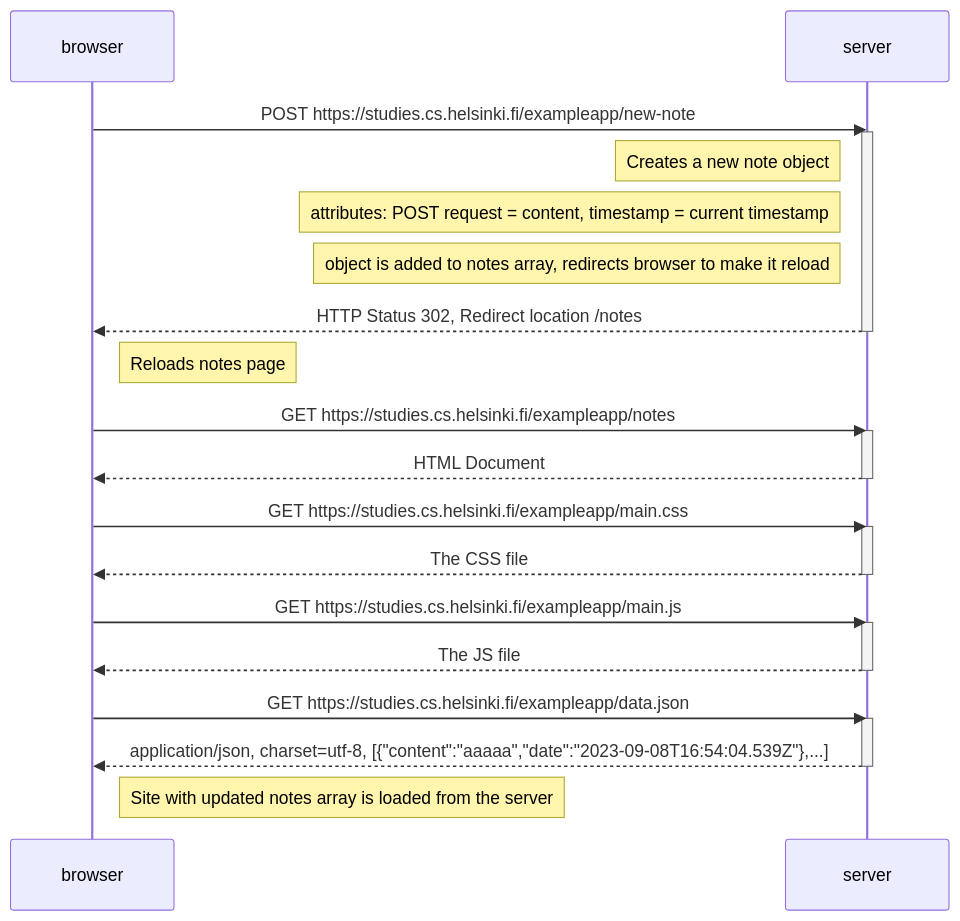
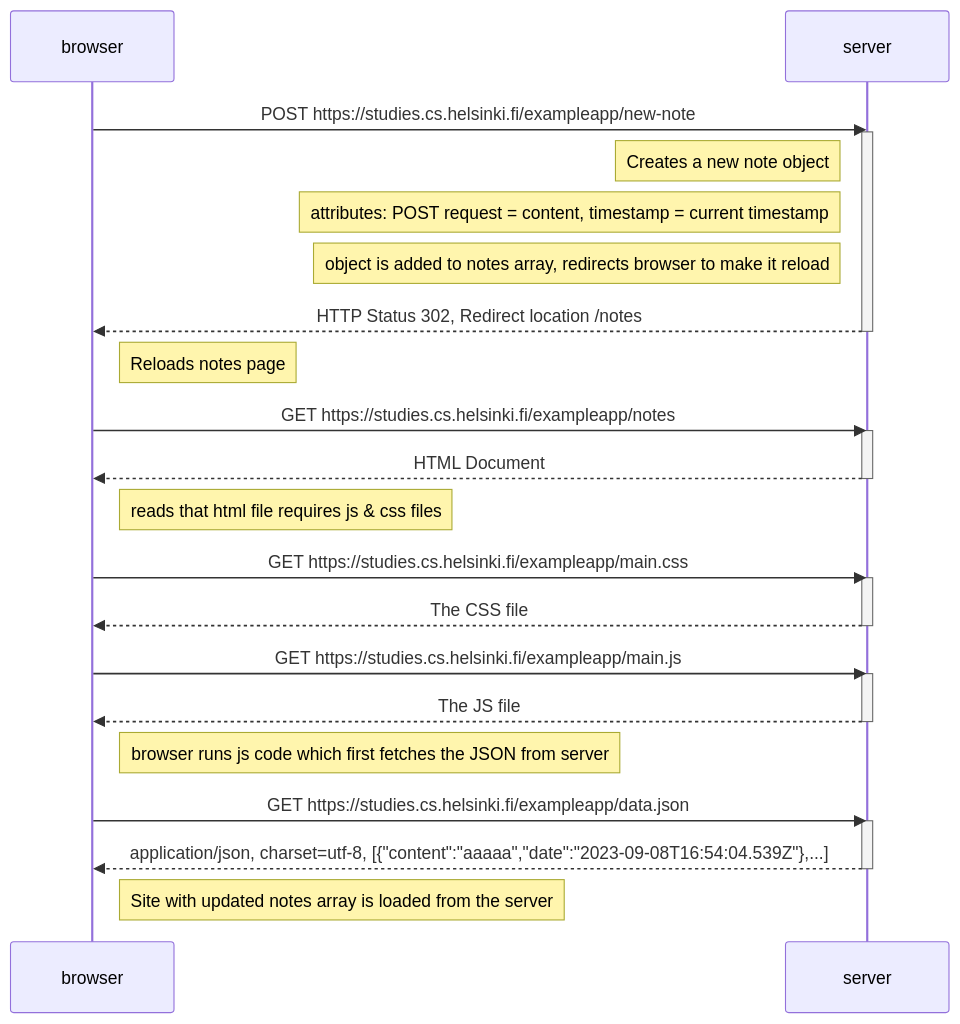
Before and after one commit to Nark-arch/Full-Stack-Open-Coursework: the diagram in part0/0.4 New Note Diagram.Markdown, drawn with Mermaid.

Commit message:
Update 0.4 New Note Diagram.Markdown

````diff
--- a/part0/0.4 New Note Diagram.Markdown
+++ b/part0/0.4 New Note Diagram.Markdown
@@ -1,35 +1,37 @@
 ```mermaid
   sequenceDiagram 
     participant browser
     participant server
     browser ->> server: POST https://studies.cs.helsinki.fi/exampleapp/new-note
     activate server
     note left of server: Creates a new note object
     note left of server: attributes: POST request = content, timestamp = current timestamp
     note left of server: object is added to notes array, redirects browser to make it reload
     server -->> browser: HTTP Status 302, Redirect location /notes
     deactivate server
     note right of browser: Reloads notes page
 
     
     browser ->> server: GET https://studies.cs.helsinki.fi/exampleapp/notes
     activate server
     server-->>browser: HTML Document
     deactivate server
+    note right of browser: reads that html file requires js & css files
 
     browser ->> server: GET https://studies.cs.helsinki.fi/exampleapp/main.css
     activate server
     server-->> browser: The CSS file
     deactivate server
 
     browser ->> server: GET https://studies.cs.helsinki.fi/exampleapp/main.js
     activate server
     server-->>browser: The JS file
     deactivate server
-
+    
+    note right of browser: browser runs js code which first fetches the JSON from server
     browser ->> server: GET https://studies.cs.helsinki.fi/exampleapp/data.json
     activate server
     server -->> browser: application/json, charset=utf-8, [{"content":"aaaaa","date":"2023-09-08T16:54:04.539Z"},...]
     deactivate server
     note right of browser: Site with updated notes array is loaded from the server
 ```
````
